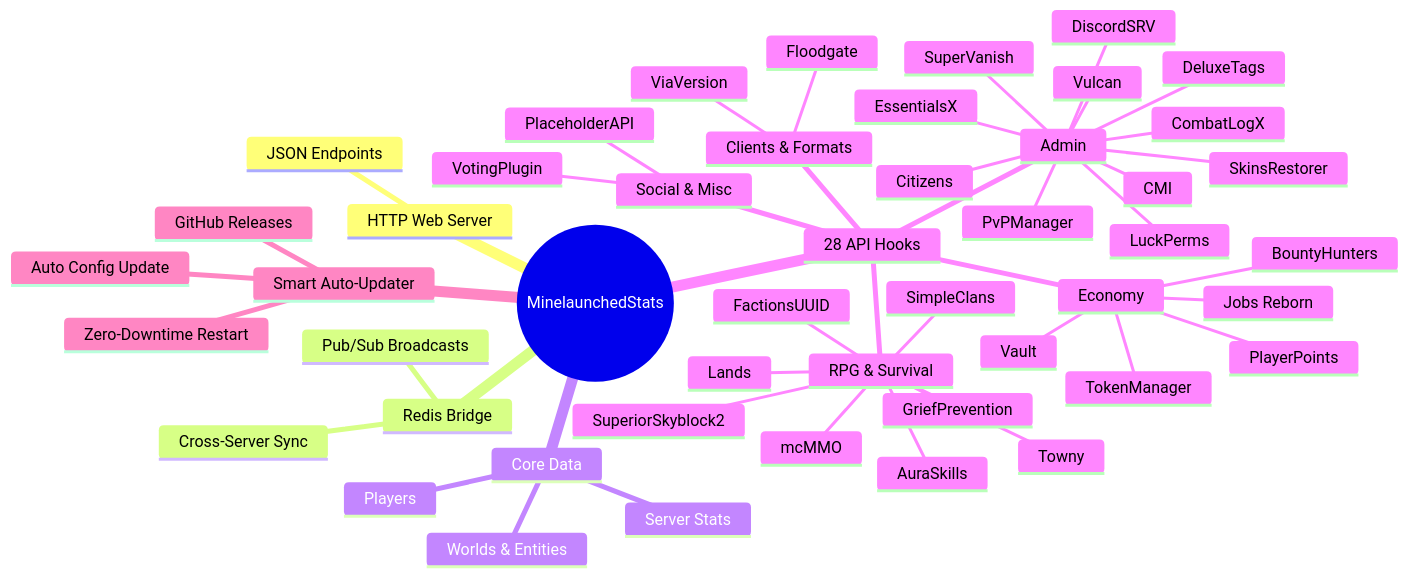
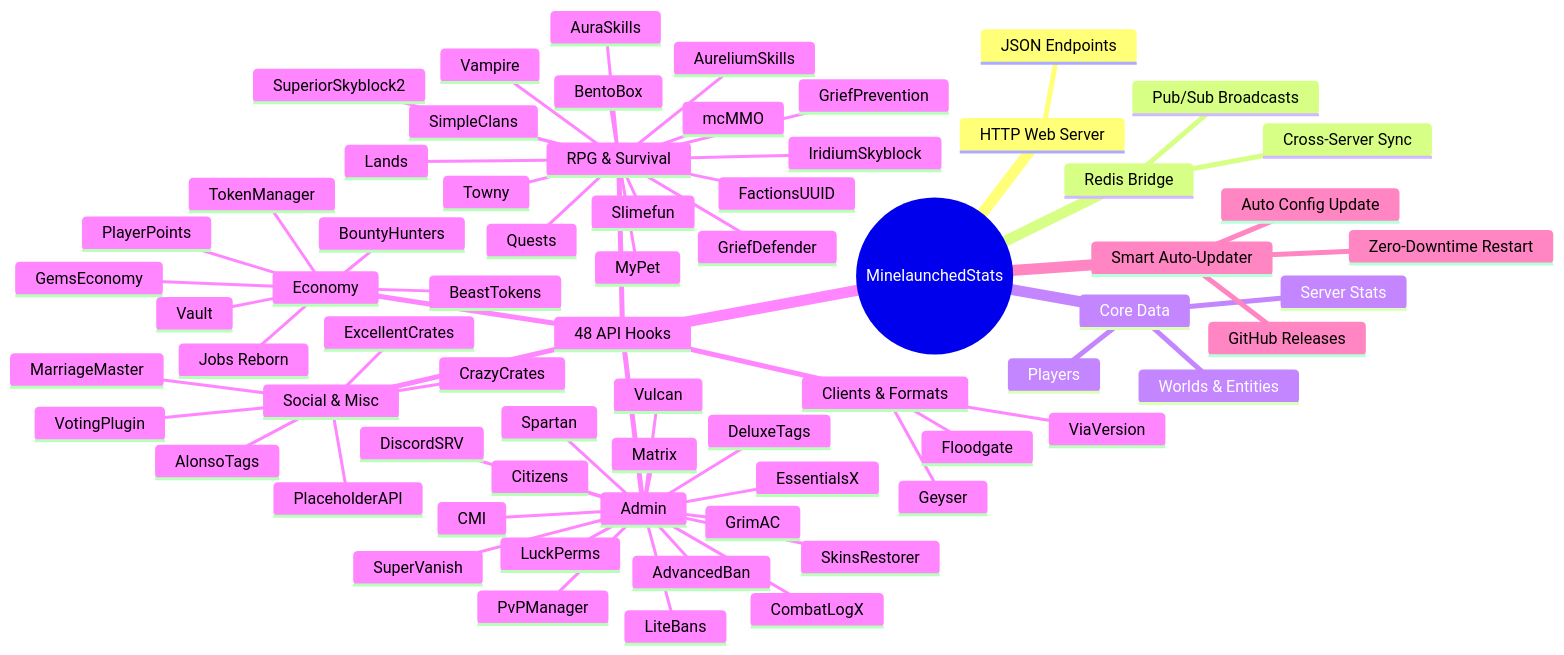
Before and after one commit to Minelaunched/Minelaunched-Stats: the diagram in README.md, drawn with Mermaid. The commit also changed other lines of this file and 23 other files, not shown here.

Commit message:
feat: Add 20 massive APIs (BentoBox, Spartan, GrimAC, MarriageMaster, Slimefun, etc.)

````diff
--- a/README.md
+++ b/README.md
@@ -25,51 +25,71 @@
 ```mermaid
 mindmap
   root((MinelaunchedStats))
     HTTP Web Server
       JSON Endpoints
     Redis Bridge
       Pub/Sub Broadcasts
       Cross-Server Sync
     Core Data
       Server Stats
       Worlds & Entities
       Players
-    28 API Hooks
+    48 API Hooks
       Economy
         Vault
         PlayerPoints
         TokenManager
         BountyHunters
         Jobs Reborn
+        GemsEconomy
+        BeastTokens
       Admin
         LuckPerms
         EssentialsX
         CMI
         SuperVanish
         DiscordSRV
         Vulcan
         Citizens
         SkinsRestorer
         DeluxeTags
         CombatLogX
         PvPManager
+        Spartan
+        GrimAC
+        Matrix
+        LiteBans
+        AdvancedBan
       RPG & Survival
         AuraSkills
         mcMMO
         Towny
         Lands
         FactionsUUID
         SuperiorSkyblock2
         GriefPrevention
         SimpleClans
+        BentoBox
+        IridiumSkyblock
+        GriefDefender
+        MyPet
+        Slimefun
+        Quests
+        Vampire
+        AureliumSkills
       Clients & Formats
         ViaVersion
         Floodgate
+        Geyser
       Social & Misc
         VotingPlugin
         PlaceholderAPI
+        MarriageMaster
+        AlonsoTags
+        CrazyCrates
+        ExcellentCrates
     Smart Auto-Updater
       GitHub Releases
       Zero-Downtime Restart
       Auto Config Update
 ```
````
